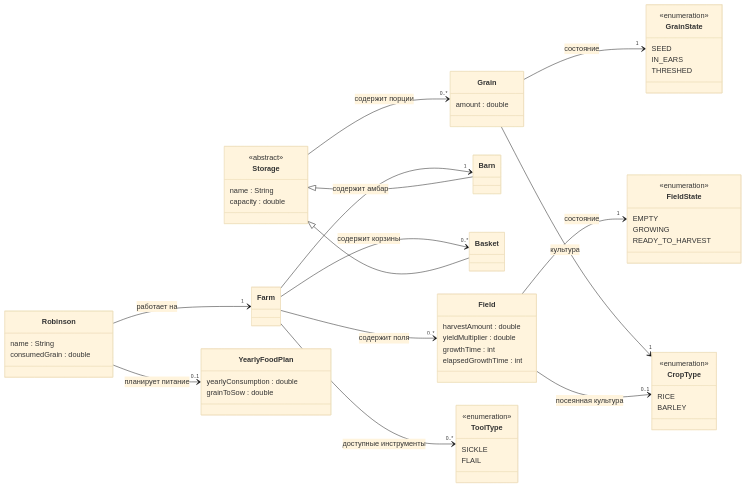
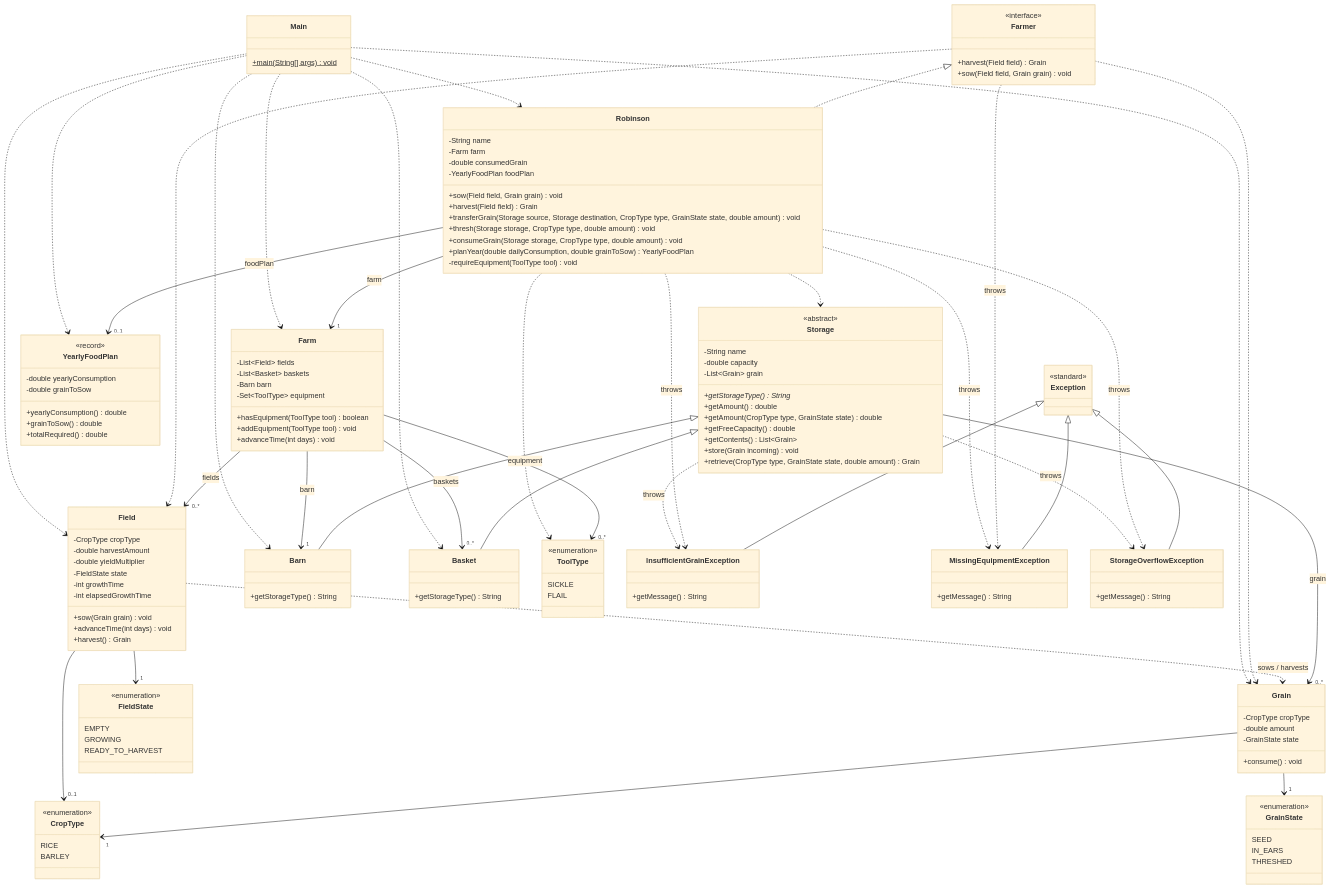
The diagram in docs/object-model.md (osarikas-itmo/prog-lab3), drawn with Mermaid (base theme) before and after one commit. The commit also changed other lines of this file, not shown here.

Commit message:
Дополнить UML-диаграмму классами, интерфейсом и исключениями

````diff
--- a/docs/object-model.md
+++ b/docs/object-model.md
@@ -5,36 +7,90 @@
 ```mermaid
 classDiagram
-    direction LR
-
+    direction TB
+    class Main {
+        +main(String[] args)$ void
+    }
+    class Farmer {
+        <<interface>>
+        +harvest(Field field) Grain
+        +sow(Field field, Grain grain) void
+    }
     class Robinson {
-        name : String
-        consumedGrain : double
+        -String name
+        -Farm farm
+        -double consumedGrain
+        -YearlyFoodPlan foodPlan
+        +sow(Field field, Grain grain) void
+        +harvest(Field field) Grain
+        +transferGrain(Storage source, Storage destination, CropType type, GrainState state, double amount) void
+        +thresh(Storage storage, CropType type, double amount) void
+        +consumeGrain(Storage storage, CropType type, double amount) void
+        +planYear(double dailyConsumption, double grainToSow) YearlyFoodPlan
+        -requireEquipment(ToolType tool) void
     }
-    class Farm
+    class Farm {
+        -List~Field~ fields
+        -List~Basket~ baskets
+        -Barn barn
+        -Set~ToolType~ equipment
+        +hasEquipment(ToolType tool) boolean
+        +addEquipment(ToolType tool) void
+        +advanceTime(int days) void
+    }
     class Field {
-        harvestAmount : double
-        yieldMultiplier : double
-        growthTime : int
-        elapsedGrowthTime : int
+        -CropType cropType
+        -double harvestAmount
+        -double yieldMultiplier
+        -FieldState state
+        -int growthTime
+        -int elapsedGrowthTime
+        +sow(Grain grain) void
+        +advanceTime(int days) void
+        +harvest() Grain
+    }
+    class Grain {
+        -CropType cropType
+        -double amount
+        -GrainState state
+        +consume() void
+    }
+    class YearlyFoodPlan {
+        <<record>>
+        -double yearlyConsumption
+        -double grainToSow
+        +yearlyConsumption() double
+        +grainToSow() double
+        +totalRequired() double
     }
     class Storage {
         <<abstract>>
-        name : String
-        capacity : double
+        -String name
+        -double capacity
+        -List~Grain~ grain
+        +getStorageType() String*
+        +getAmount() double
+        +getAmount(CropType type, GrainState state) double
+        +getFreeCapacity() double
+        +getContents() List~Grain~
+        +store(Grain incoming) void
+        +retrieve(CropType type, GrainState state, double amount) Grain
     }
-    class Barn
-    class Basket
-    class Grain {
-        amount : double
+    class Barn {
+        +getStorageType() String
     }
-    class YearlyFoodPlan {
-        yearlyConsumption : double
-        grainToSow : double
+    class Basket {
+        +getStorageType() String
     }
     class CropType {
         <<enumeration>>
         RICE
         BARLEY
+    }
+    class FieldState {
+        <<enumeration>>
+        EMPTY
+        GROWING
+        READY_TO_HARVEST
     }
     class GrainState {
         <<enumeration>>
@@ -42,29 +98,57 @@
         IN_EARS
         THRESHED
     }
-    class FieldState {
-        <<enumeration>>
-        EMPTY
-        GROWING
-        READY_TO_HARVEST
-    }
     class ToolType {
         <<enumeration>>
         SICKLE
         FLAIL
     }
+    class Exception {
+        <<standard>>
+    }
+    class InsufficientGrainException {
+        +getMessage() String
+    }
+    class MissingEquipmentException {
+        +getMessage() String
+    }
+    class StorageOverflowException {
+        +getMessage() String
+    }
 
-    Robinson --> "1" Farm : работает на
-    Robinson --> "0..1" YearlyFoodPlan : планирует питание
-    Farm --> "0..*" Field : содержит поля
-    Farm --> "0..*" Basket : содержит корзины
-    Farm --> "1" Barn : содержит амбар
-    Farm --> "0..*" ToolType : доступные инструменты
+    Farmer <|.. Robinson
     Storage <|-- Barn
     Storage <|-- Basket
-    Storage --> "0..*" Grain : содержит порции
-    Grain --> "1" CropType : культура
-    Grain --> "1" GrainState : состояние
-    Field --> "0..1" CropType : посеянная культура
-    Field --> "1" FieldState : состояние
+    Exception <|-- InsufficientGrainException
+    Exception <|-- MissingEquipmentException
+    Exception <|-- StorageOverflowException
+    Robinson --> "1" Farm : farm
+    Robinson --> "0..1" YearlyFoodPlan : foodPlan
+    Farm --> "0..*" Field : fields
+    Farm --> "0..*" Basket : baskets
+    Farm --> "1" Barn : barn
+    Farm --> "0..*" ToolType : equipment
+    Storage --> "0..*" Grain : grain
+    Grain --> "1" CropType
+    Grain --> "1" GrainState
+    Field --> "0..1" CropType
+    Field --> "1" FieldState
+    Field ..> Grain : sows / harvests
+    Farmer ..> Field
+    Farmer ..> Grain
+    Farmer ..> MissingEquipmentException : throws
+    Robinson ..> Storage
+    Robinson ..> ToolType
+    Robinson ..> MissingEquipmentException : throws
+    Robinson ..> InsufficientGrainException : throws
+    Robinson ..> StorageOverflowException : throws
+    Storage ..> InsufficientGrainException : throws
+    Storage ..> StorageOverflowException : throws
+    Main ..> Farm
+    Main ..> Robinson
+    Main ..> Grain
+    Main ..> YearlyFoodPlan
+    Main ..> Field
+    Main ..> Basket
+    Main ..> Barn
 ```
````
